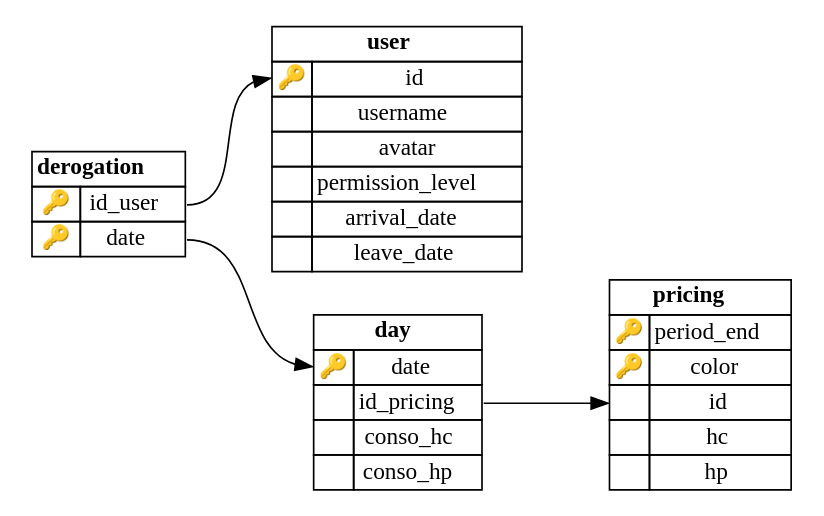
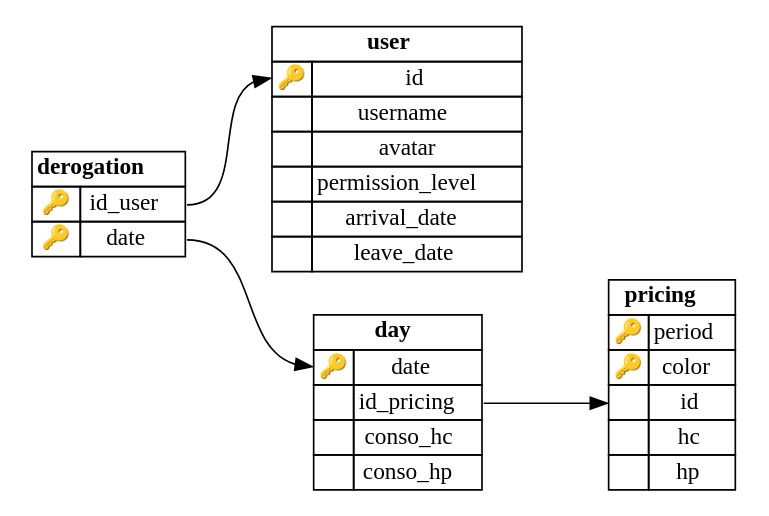
The diagram in schema.dot (Mijux/tempo-server-management), drawn with Graphviz before and after one commit. The commit also changed 4 other files, not shown here.

```diff
--- a/schema.dot
+++ b/schema.dot
@@ -1,148 +1,148 @@
 
 digraph structs {
 
 
 rankdir="LR"
 
 
 node [shape=none]
 
 day [label=<
             <TABLE BORDER="0" CELLSPACING="0" CELLBORDER="1">
                 <TR>
                     <TD COLSPAN="2"><B>day</B></TD>
                 </TR>
             
                 <TR>
                     <TD PORT="date_to">🔑</TD>
                     <TD PORT="date_from">date</TD>
                 </TR>
             
 
                 <TR>
                     <TD PORT="id_pricing_to">&nbsp;</TD>
                     <TD PORT="id_pricing_from">id_pricing</TD>
                 </TR>
             
 
                 <TR>
                     <TD PORT="conso_hc_to">&nbsp;</TD>
                     <TD PORT="conso_hc_from">conso_hc</TD>
                 </TR>
             
 
                 <TR>
                     <TD PORT="conso_hp_to">&nbsp;</TD>
                     <TD PORT="conso_hp_from">conso_hp</TD>
                 </TR>
             
             </TABLE>
         >];
         
 derogation [label=<
             <TABLE BORDER="0" CELLSPACING="0" CELLBORDER="1">
                 <TR>
                     <TD COLSPAN="2"><B>derogation</B></TD>
                 </TR>
             
                 <TR>
                     <TD PORT="id_user_to">🔑</TD>
                     <TD PORT="id_user_from">id_user</TD>
                 </TR>
             
 
                 <TR>
                     <TD PORT="date_to">🔑</TD>
                     <TD PORT="date_from">date</TD>
                 </TR>
             
             </TABLE>
         >];
         
 pricing [label=<
             <TABLE BORDER="0" CELLSPACING="0" CELLBORDER="1">
                 <TR>
                     <TD COLSPAN="2"><B>pricing</B></TD>
                 </TR>
             
                 <TR>
-                    <TD PORT="period_end_to">🔑</TD>
-                    <TD PORT="period_end_from">period_end</TD>
+                    <TD PORT="period_to">🔑</TD>
+                    <TD PORT="period_from">period</TD>
                 </TR>
             
 
                 <TR>
                     <TD PORT="color_to">🔑</TD>
                     <TD PORT="color_from">color</TD>
                 </TR>
             
 
                 <TR>
                     <TD PORT="id_to">&nbsp;</TD>
                     <TD PORT="id_from">id</TD>
                 </TR>
             
 
                 <TR>
                     <TD PORT="hc_to">&nbsp;</TD>
                     <TD PORT="hc_from">hc</TD>
                 </TR>
             
 
                 <TR>
                     <TD PORT="hp_to">&nbsp;</TD>
                     <TD PORT="hp_from">hp</TD>
                 </TR>
             
             </TABLE>
         >];
         
 user [label=<
             <TABLE BORDER="0" CELLSPACING="0" CELLBORDER="1">
                 <TR>
                     <TD COLSPAN="2"><B>user</B></TD>
                 </TR>
             
                 <TR>
                     <TD PORT="id_to">🔑</TD>
                     <TD PORT="id_from">id</TD>
                 </TR>
             
 
                 <TR>
                     <TD PORT="username_to">&nbsp;</TD>
                     <TD PORT="username_from">username</TD>
                 </TR>
             
 
                 <TR>
                     <TD PORT="avatar_to">&nbsp;</TD>
                     <TD PORT="avatar_from">avatar</TD>
                 </TR>
             
 
                 <TR>
                     <TD PORT="permission_level_to">&nbsp;</TD>
                     <TD PORT="permission_level_from">permission_level</TD>
                 </TR>
             
 
                 <TR>
                     <TD PORT="arrival_date_to">&nbsp;</TD>
                     <TD PORT="arrival_date_from">arrival_date</TD>
                 </TR>
             
 
                 <TR>
                     <TD PORT="leave_date_to">&nbsp;</TD>
                     <TD PORT="leave_date_from">leave_date</TD>
                 </TR>
             
             </TABLE>
         >];
         
 derogation:date_from:e -> day:date_to:w
 derogation:id_user_from:e -> user:id_to:w
 day:id_pricing_from:e -> pricing:id_to:w
 
 }
```
